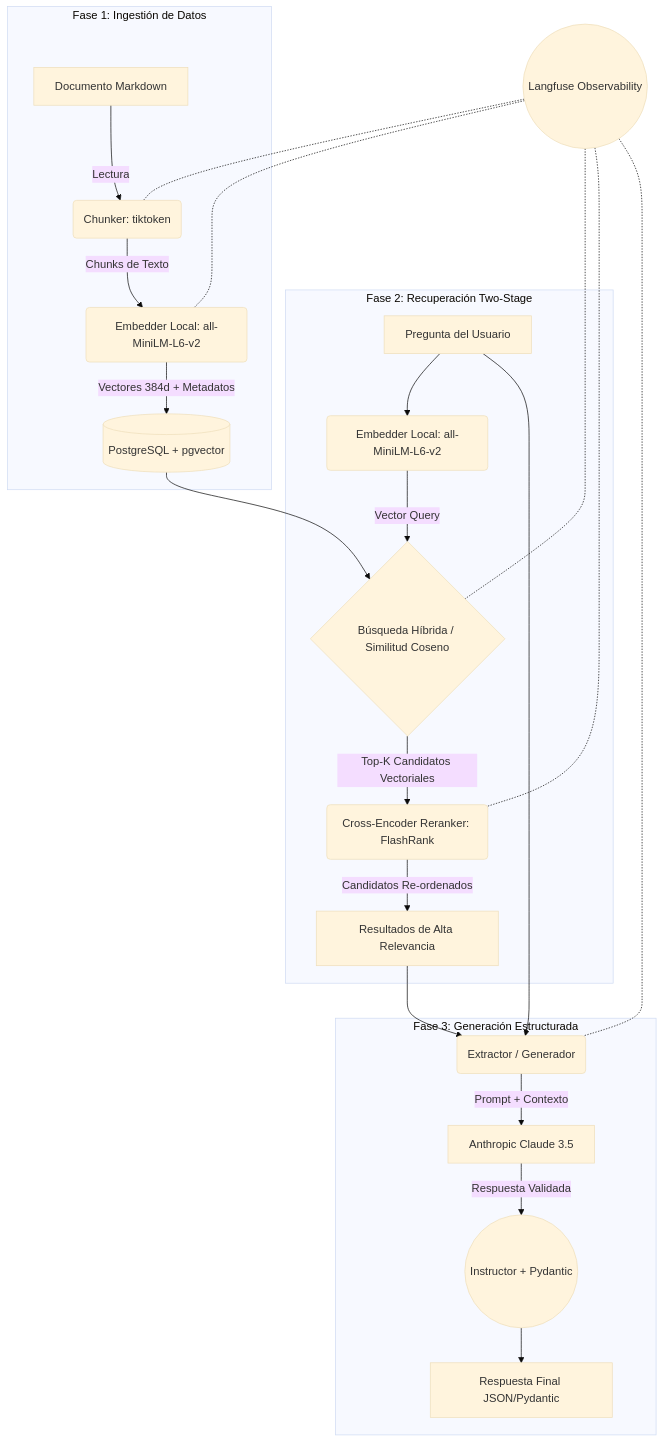
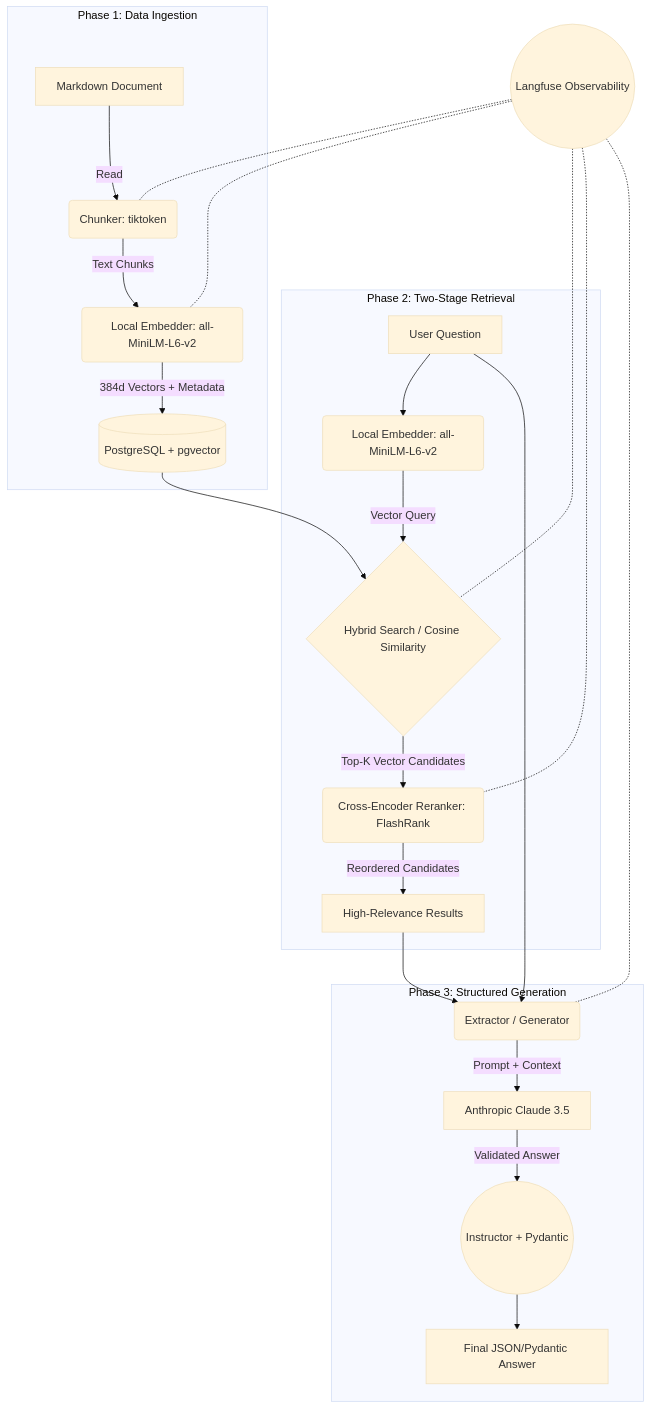
The diagram in docs/history/ARCHITECTURE.md (c3rv30/ai-engineer-sandbox), drawn with Mermaid (base theme) before and after one commit. The commit also changed other lines of this file and 23 other files, not shown here.

````diff
--- a/docs/history/ARCHITECTURE.md
+++ b/docs/history/ARCHITECTURE.md
@@ -9,34 +9,34 @@
 ```mermaid
 graph TD
-    %% Ingestión
-    subgraph Ingestion [Fase 1: Ingestión de Datos]
-        A[Documento Markdown] -->|Lectura| B(Chunker: tiktoken)
-        B -->|Chunks de Texto| C(Embedder Local: all-MiniLM-L6-v2)
-        C -->|Vectores 384d + Metadatos| D[(PostgreSQL + pgvector)]
+    %% Ingestion
+    subgraph Ingestion [Phase 1: Data Ingestion]
+        A[Markdown Document] -->|Read| B(Chunker: tiktoken)
+        B -->|Text Chunks| C(Local Embedder: all-MiniLM-L6-v2)
+        C -->|384d Vectors + Metadata| D[(PostgreSQL + pgvector)]
     end
 
-    %% Recuperación y Re-ranking
-    subgraph Retrieval [Fase 2: Recuperación Two-Stage]
-        E[Pregunta del Usuario] --> F(Embedder Local: all-MiniLM-L6-v2)
-        F -->|Vector Query| G{Búsqueda Híbrida / Similitud Coseno}
+    %% Retrieval and re-ranking
+    subgraph Retrieval [Phase 2: Two-Stage Retrieval]
+        E[User Question] --> F(Local Embedder: all-MiniLM-L6-v2)
+        F -->|Vector Query| G{Hybrid Search / Cosine Similarity}
         D --> G
-        G -->|Top-K Candidatos Vectoriales| H(Cross-Encoder Reranker: FlashRank)
-        H -->|Candidatos Re-ordenados| I[Resultados de Alta Relevancia]
+        G -->|Top-K Vector Candidates| H(Cross-Encoder Reranker: FlashRank)
+        H -->|Reordered Candidates| I[High-Relevance Results]
     end
 
-    %% Generación
-    subgraph Generation [Fase 3: Generación Estructurada]
-        I --> J(Extractor / Generador)
+    %% Generation
+    subgraph Generation [Phase 3: Structured Generation]
+        I --> J(Extractor / Generator)
         E --> J
-        J -->|Prompt + Contexto| K[Anthropic Claude 3.5]
-        K -->|Respuesta Validada| L((Instructor + Pydantic))
-        L --> M[Respuesta Final JSON/Pydantic]
+        J -->|Prompt + Context| K[Anthropic Claude 3.5]
+        K -->|Validated Answer| L((Instructor + Pydantic))
+        L --> M[Final JSON/Pydantic Answer]
     end
 
-    %% Observabilidad
+    %% Observability
     O((Langfuse Observability)) -.- B
     O -.- C
     O -.- G
     O -.- H
     O -.- J
 ```
````
